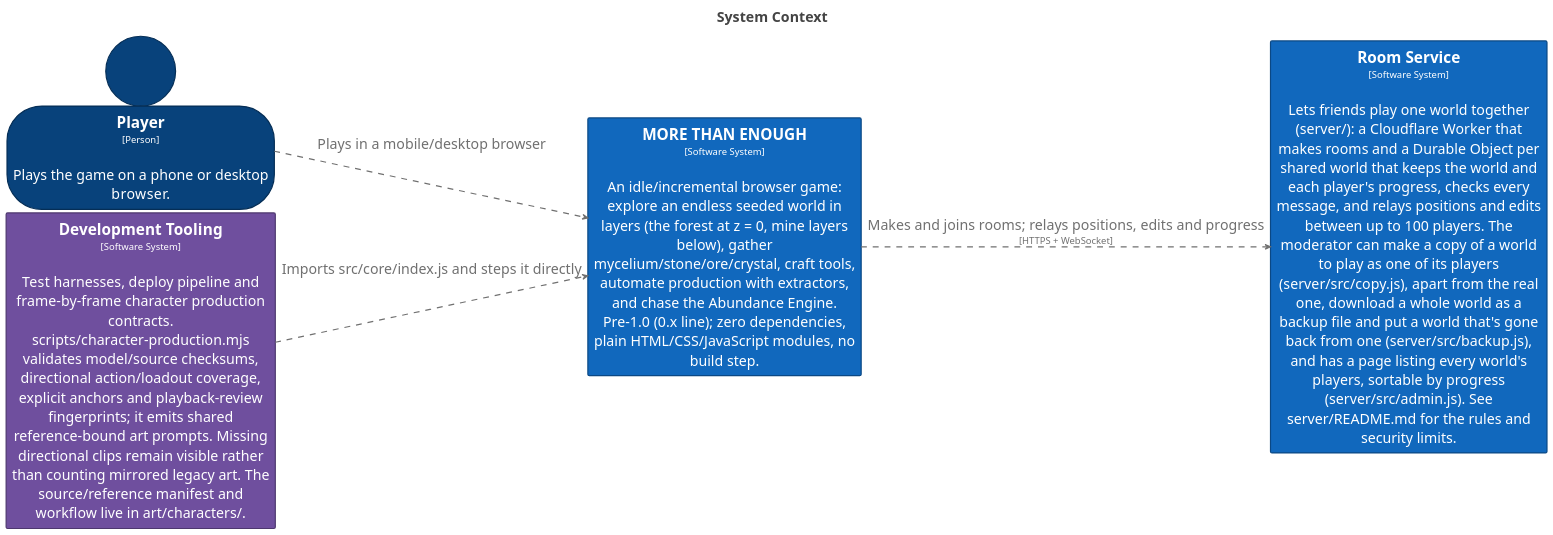
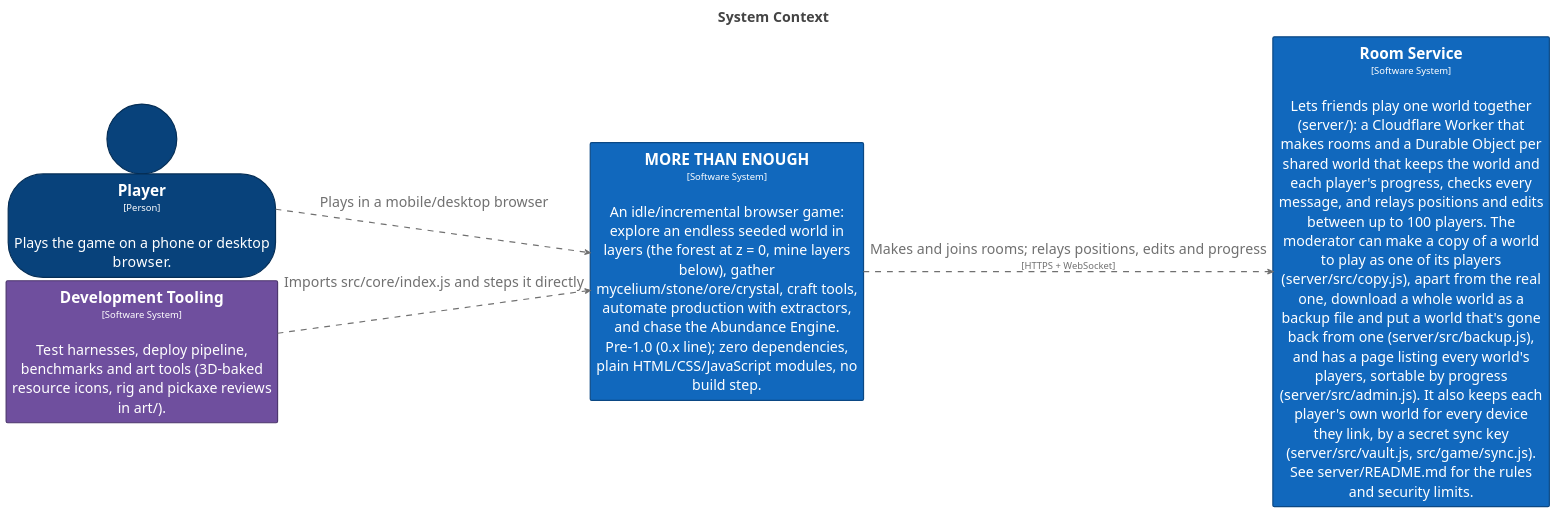
Before and after one commit to bitkojine/more-than-enough: the diagram in structurizr/diagrams/SystemContext.puml, drawn with PlantUML. The commit also changed 26 other files, not shown here.

```diff
--- a/structurizr/diagrams/SystemContext.puml
+++ b/structurizr/diagrams/SystemContext.puml
@@ -2,83 +2,83 @@
 @startuml
 title <size:24>System Context</size>
 
 set separator none
 left to right direction
 skinparam ranksep 20
 skinparam nodesep 5
 hide stereotype
 
 <style>
   root {
     BackgroundColor: #ffffff;
     FontColor: #444444;
   }
   // Element,Person
   .Element-RWxlbWVudCxQZXJzb24= {
     BackgroundColor: #08427b;
     LineColor: #052e56;
     LineStyle: 0;
     LineThickness: 2;
     FontColor: #ffffff;
     FontSize: 24;
     HorizontalAlignment: center;
     Shadowing: 0;
     MaximumWidth: 450;
   }
   // Element,Software System
   .Element-RWxlbWVudCxTb2Z0d2FyZSBTeXN0ZW0= {
     BackgroundColor: #1168bd;
     LineColor: #0b4884;
     LineStyle: 0;
     LineThickness: 2;
     FontColor: #ffffff;
     FontSize: 24;
     HorizontalAlignment: center;
     Shadowing: 0;
     MaximumWidth: 450;
   }
   // Element,Software System,Game
   .Element-RWxlbWVudCxTb2Z0d2FyZSBTeXN0ZW0sR2FtZQ== {
     BackgroundColor: #1168bd;
     LineColor: #0b4884;
     LineStyle: 0;
     LineThickness: 2;
     FontColor: #ffffff;
     FontSize: 24;
     HorizontalAlignment: center;
     Shadowing: 0;
     MaximumWidth: 450;
   }
   // Element,Software System,Tooling
   .Element-RWxlbWVudCxTb2Z0d2FyZSBTeXN0ZW0sVG9vbGluZw== {
     BackgroundColor: #6f4f9e;
     LineColor: #4d376e;
     LineStyle: 0;
     LineThickness: 2;
     FontColor: #ffffff;
     FontSize: 24;
     HorizontalAlignment: center;
     Shadowing: 0;
     MaximumWidth: 450;
   }
   // Relationship
   .Relationship-UmVsYXRpb25zaGlw {
     LineThickness: 2;
     LineStyle: 10-10;
     LineColor: #707070;
     FontColor: #707070;
     FontSize: 24;
     MaximumWidth: 200;
   }
 </style>
 
 person "==Player\n<size:16>[Person]</size>\n\nPlays the game on a phone or desktop browser." <<Element-RWxlbWVudCxQZXJzb24=>> as Player
 rectangle "==MORE THAN ENOUGH\n<size:16>[Software System]</size>\n\nAn idle/incremental browser game: explore an endless seeded world in layers (the forest at z = 0, mine layers below), gather mycelium/stone/ore/crystal, craft tools, automate production with extractors, and chase the Abundance Engine. Pre-1.0 (0.x line); zero dependencies, plain HTML/CSS/JavaScript modules, no build step." <<Element-RWxlbWVudCxTb2Z0d2FyZSBTeXN0ZW0sR2FtZQ==>> as MORETHANENOUGH
-rectangle "==Room Service\n<size:16>[Software System]</size>\n\nLets friends play one world together (server/): a Cloudflare Worker that makes rooms and a Durable Object per shared world that keeps the world and each player's progress, checks every message, and relays positions and edits between up to 100 players. The moderator can make a copy of a world to play as one of its players (server/src/copy.js), apart from the real one, download a whole world as a backup file and put a world that's gone back from one (server/src/backup.js), and has a page listing every world's players, sortable by progress (server/src/admin.js). See server/README.md for the rules and security limits." <<Element-RWxlbWVudCxTb2Z0d2FyZSBTeXN0ZW0=>> as RoomService
-rectangle "==Development Tooling\n<size:16>[Software System]</size>\n\nTest harnesses, deploy pipeline and frame-by-frame character production contracts. scripts/character-production.mjs validates model/source checksums, directional action/loadout coverage, explicit anchors and playback-review fingerprints; it emits shared reference-bound art prompts. Missing directional clips remain visible rather than counting mirrored legacy art. The source/reference manifest and workflow live in art/characters/." <<Element-RWxlbWVudCxTb2Z0d2FyZSBTeXN0ZW0sVG9vbGluZw==>> as DevelopmentTooling
+rectangle "==Room Service\n<size:16>[Software System]</size>\n\nLets friends play one world together (server/): a Cloudflare Worker that makes rooms and a Durable Object per shared world that keeps the world and each player's progress, checks every message, and relays positions and edits between up to 100 players. The moderator can make a copy of a world to play as one of its players (server/src/copy.js), apart from the real one, download a whole world as a backup file and put a world that's gone back from one (server/src/backup.js), and has a page listing every world's players, sortable by progress (server/src/admin.js). It also keeps each player's own world for every device they link, by a secret sync key (server/src/vault.js, src/game/sync.js). See server/README.md for the rules and security limits." <<Element-RWxlbWVudCxTb2Z0d2FyZSBTeXN0ZW0=>> as RoomService
+rectangle "==Development Tooling\n<size:16>[Software System]</size>\n\nTest harnesses, deploy pipeline, benchmarks and art tools (3D-baked resource icons, rig and pickaxe reviews in art/)." <<Element-RWxlbWVudCxTb2Z0d2FyZSBTeXN0ZW0sVG9vbGluZw==>> as DevelopmentTooling
 
 Player --> MORETHANENOUGH <<Relationship-UmVsYXRpb25zaGlw>> : "Plays in a mobile/desktop browser"
 MORETHANENOUGH --> RoomService <<Relationship-UmVsYXRpb25zaGlw>> : "Makes and joins rooms; relays positions, edits and progress\n<size:16>[HTTPS + WebSocket]</size>"
 DevelopmentTooling --> MORETHANENOUGH <<Relationship-UmVsYXRpb25zaGlw>> : "Imports src/core/index.js and steps it directly"
 
 @enduml
```
